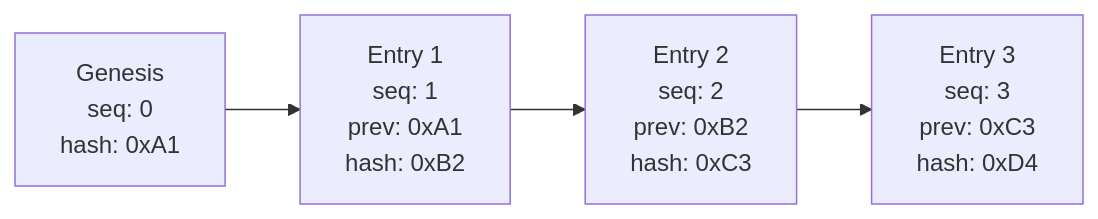
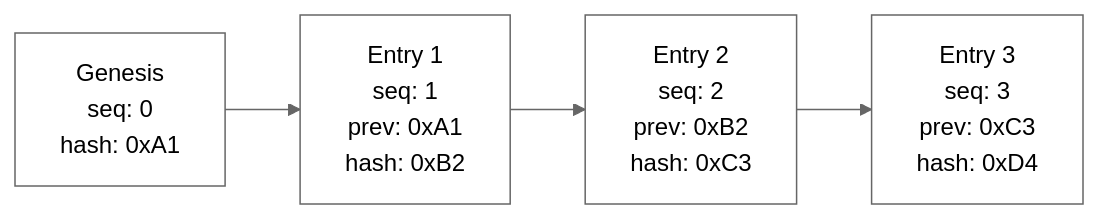
Before and after one commit to trustorno/sigaid: the fifth of 7 diagrams in README.md, drawn with Mermaid. The commit also changed other lines of this file, not shown here.

Commit message:
Transparent boxes in diagrams

````diff
--- a/README.md
+++ b/README.md
@@ -119,6 +153,12 @@
 ```mermaid
+%%{init: {'theme': 'neutral', 'themeVariables': { 'mainBkg': 'transparent'}}}%%
 graph LR
     G[Genesis<br/>seq: 0<br/>hash: 0xA1] --> E1[Entry 1<br/>seq: 1<br/>prev: 0xA1<br/>hash: 0xB2]
     E1 --> E2[Entry 2<br/>seq: 2<br/>prev: 0xB2<br/>hash: 0xC3]
     E2 --> E3[Entry 3<br/>seq: 3<br/>prev: 0xC3<br/>hash: 0xD4]
+
+    style G fill:none,stroke:#666
+    style E1 fill:none,stroke:#666
+    style E2 fill:none,stroke:#666
+    style E3 fill:none,stroke:#666
 ```
````
